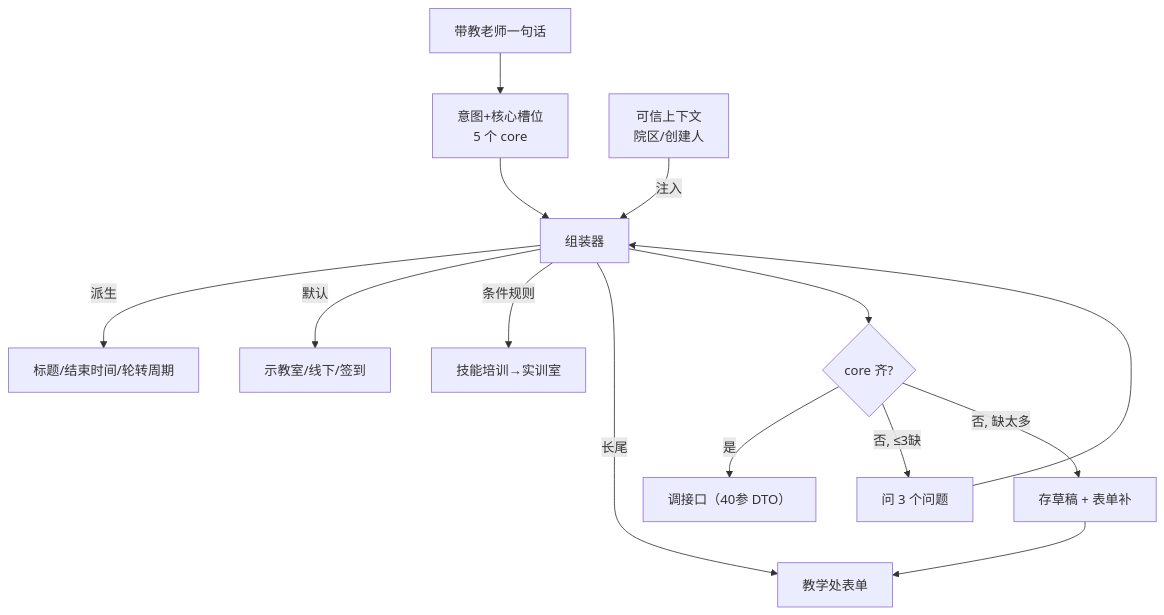
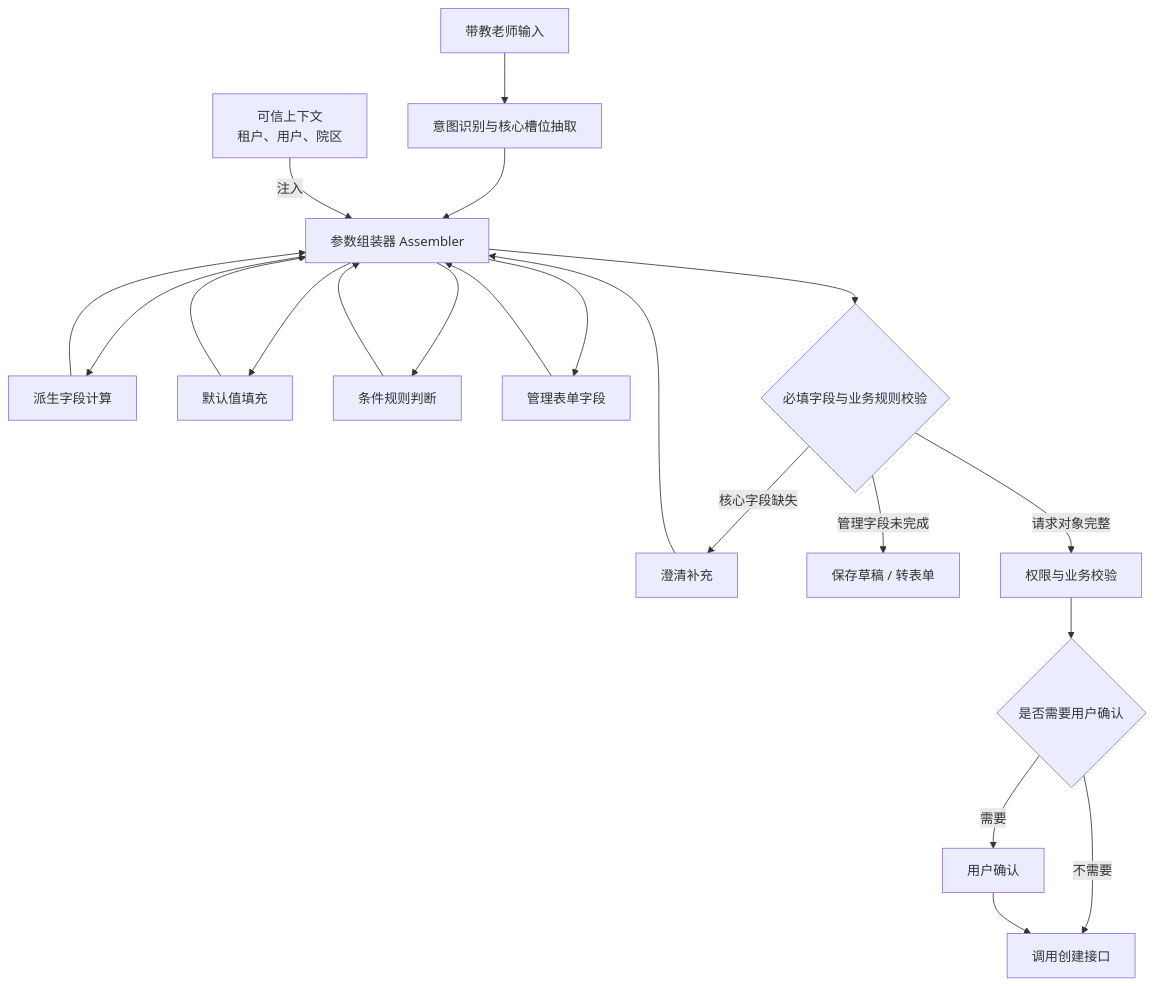
Before and after one commit to jsjchai/agent-lab: the diagram in docs/02-prompt-context/02-api-param-strategy.md, drawn with Mermaid. The commit also changed other lines of this file and 1 other file, not shown here.

````diff
--- a/docs/02-prompt-context/02-api-param-strategy.md
+++ b/docs/02-prompt-context/02-api-param-strategy.md
@@ -61,16 +176,23 @@
-```mermaid
+``` mermaid
 flowchart TB
-    U["带教老师一句话"] --> I["意图+核心槽位<br/>5 个 core"]
-    I --> A["组装器"]
-    Ctx["可信上下文<br/>院区/创建人"] -->|注入| A
-    A -->|派生| D["标题/结束时间/轮转周期"]
-    A -->|默认| DF["示教室/线下/签到"]
-    A -->|条件规则| CD["技能培训→实训室"]
-    A -->|长尾| FM["教学处表单"]
-    A --> V{"core 齐?"}
-    V -->|是| API["调接口（40参 DTO）"]
-    V -->|否, ≤3缺| Q["问 3 个问题"]
-    V -->|否, 缺太多| DR["存草稿 + 表单补"]
+    U["带教老师输入"] --> I["意图识别与核心槽位抽取"]
+    I --> A["参数组装器 Assembler"]
+    CTX["可信上下文<br/>租户、用户、院区"] -->|注入| A
+    A --> D["派生字段计算"]
+    A --> DF["默认值填充"]
+    A --> CR["条件规则判断"]
+    A --> FM["管理表单字段"]
+    D --> A
+    DF --> A
+    CR --> A
+    FM --> A
+    A --> V{"必填字段与业务规则校验"}
+    V -->|核心字段缺失| Q["澄清补充"]
     Q --> A
-    DR --> FM
+    V -->|管理字段未完成| DR["保存草稿 / 转表单"]
+    V -->|请求对象完整| P["权限与业务校验"]
+    P --> C{"是否需要用户确认"}
+    C -->|需要| CONF["用户确认"]
+    C -->|不需要| API["调用创建接口"]
+    CONF --> API
 ```
````
